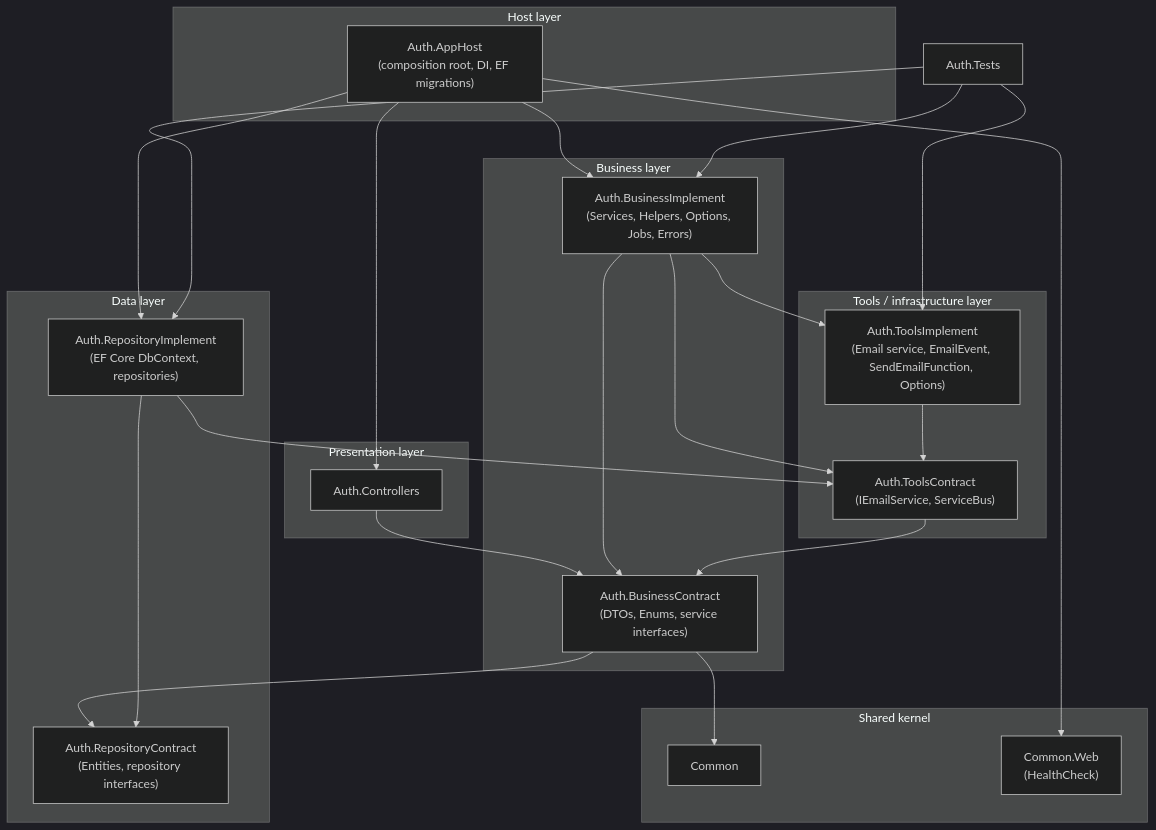
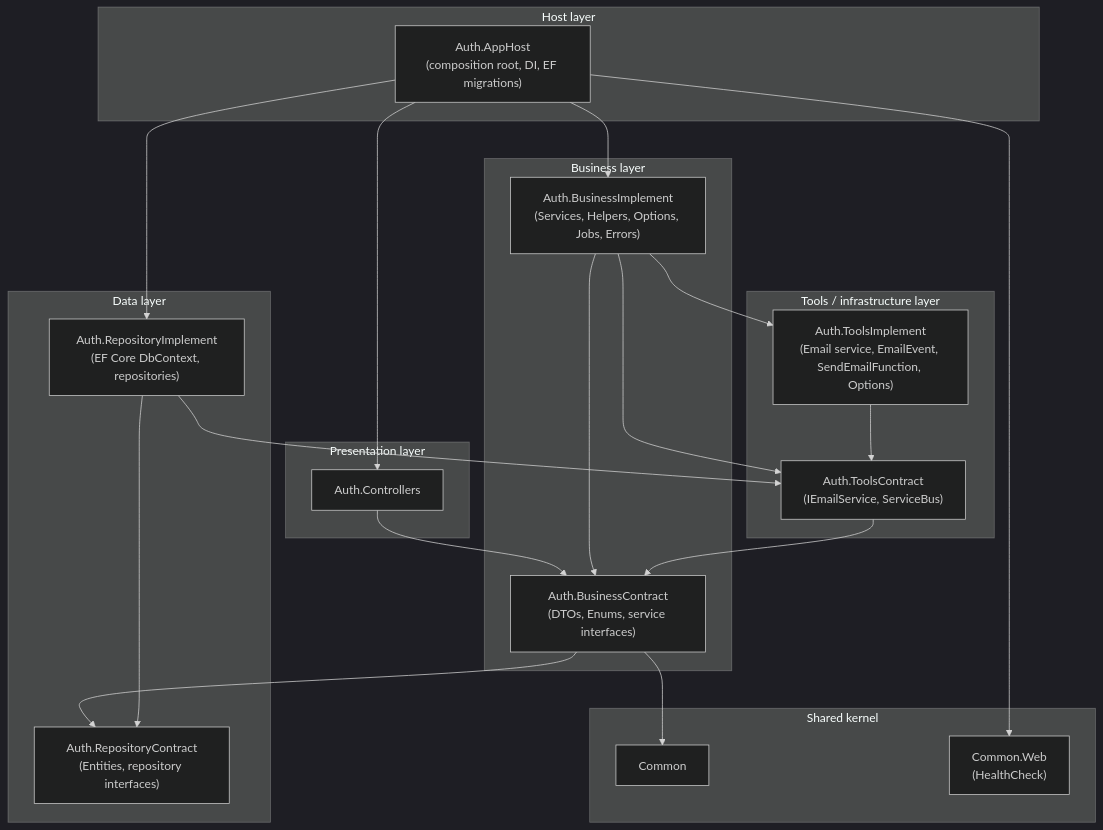
One commit to AkaThoconCute/TTECH changed the first of 2 diagrams in document/TTECH.Backend/Auth/Auth-Architecture-Diagrams.md. Above: the diagram before and after it, drawn with Mermaid (dark theme). The commit also changed other lines of this file, not shown here.

Commit message:
design: remove test module from diagram

````diff
--- a/document/TTECH.Backend/Auth/Auth-Architecture-Diagrams.md
+++ b/document/TTECH.Backend/Auth/Auth-Architecture-Diagrams.md
@@ -9,52 +9,46 @@
 ```mermaid
 flowchart TB
   subgraph Host["Host layer"]
     AppHost["Auth.AppHost<br/>(composition root, DI, EF migrations)"]
   end
 
   subgraph Presentation["Presentation layer"]
     Controllers["Auth.Controllers"]
   end
 
   subgraph Business["Business layer"]
     BC["Auth.BusinessContract<br/>(DTOs, Enums, service interfaces)"]
     BI["Auth.BusinessImplement<br/>(Services, Helpers, Options, Jobs, Errors)"]
   end
 
   subgraph Tools["Tools / infrastructure layer"]
     TC["Auth.ToolsContract<br/>(IEmailService, ServiceBus)"]
     TI["Auth.ToolsImplement<br/>(Email service, EmailEvent, SendEmailFunction, Options)"]
   end
 
   subgraph Data["Data layer"]
     RC["Auth.RepositoryContract<br/>(Entities, repository interfaces)"]
     RI["Auth.RepositoryImplement<br/>(EF Core DbContext, repositories)"]
   end
 
   subgraph Shared["Shared kernel"]
     Common["Common"]
     CommonWeb["Common.Web<br/>(HealthCheck)"]
   end
 
-  Tests["Auth.Tests"]
-
   AppHost --> Controllers
   AppHost --> BI
   AppHost --> RI
   AppHost --> CommonWeb
 
   Controllers --> BC
   BI --> BC
   BI --> TC
   BI --> TI
   BC --> RC
   BC --> Common
   TC --> BC
   TI --> TC
   RI --> RC
   RI --> TC
-
-  Tests --> BI
-  Tests --> RI
-  Tests --> TI
 ```
````
